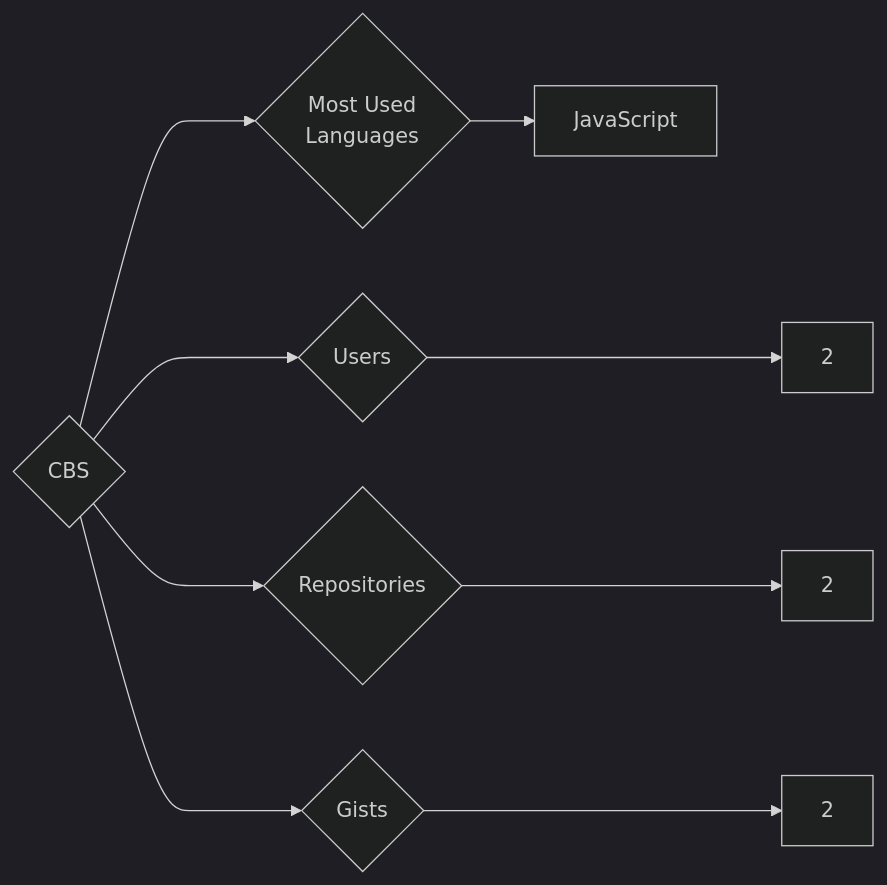
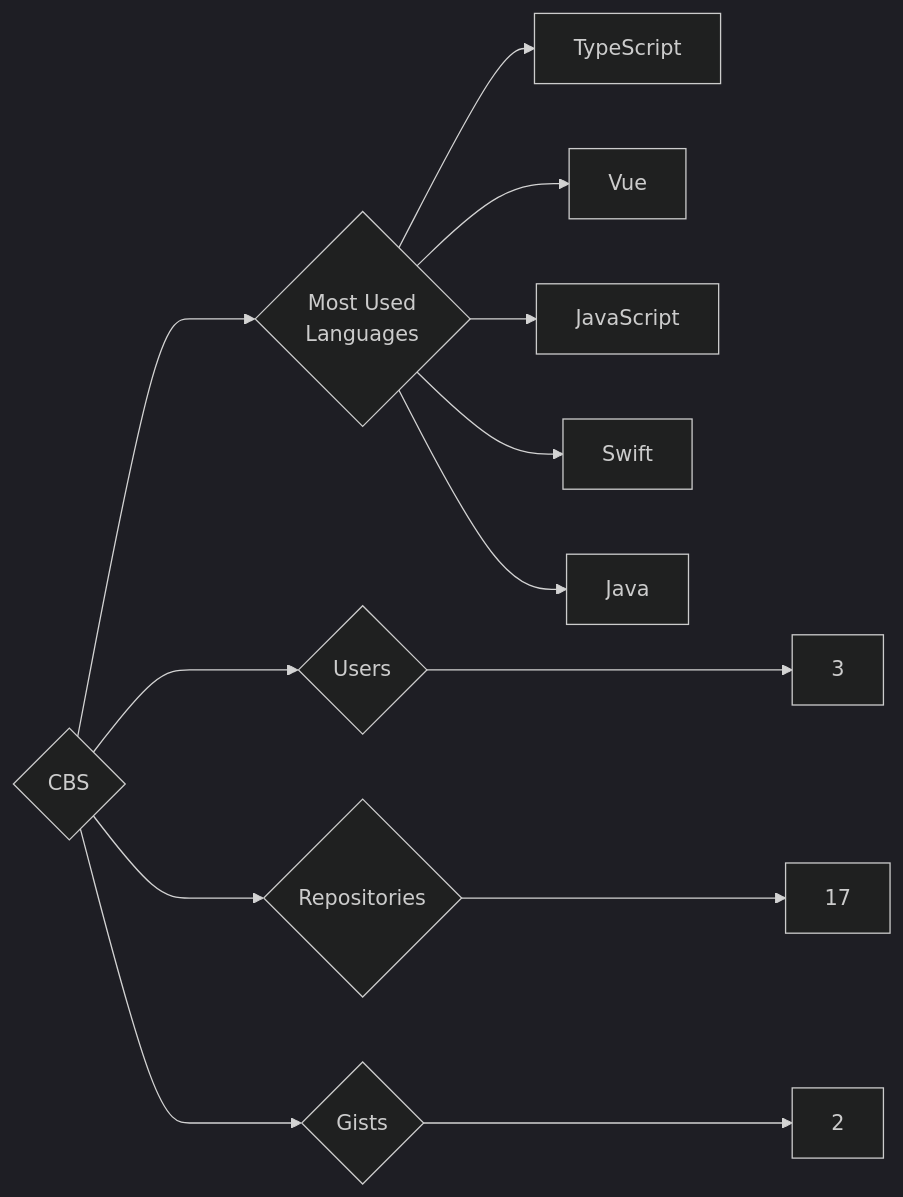
The diagram in targets/CBS/README.md (trickest/insiders), drawn with Mermaid (dark theme) before and after one commit. The commit also changed 718 other files, not shown here.

````diff
--- a/targets/CBS/README.md
+++ b/targets/CBS/README.md
@@ -3,9 +3,13 @@
 ```mermaid
 graph LR
 COMPANY_NAME{CBS}
-COMPANY_NAME ---> U{Users} ---> UN[2]
-COMPANY_NAME ---> R{Repositories} ---> RN[2]
+COMPANY_NAME ---> U{Users} ---> UN[3]
+COMPANY_NAME ---> R{Repositories} ---> RN[17]
 COMPANY_NAME ---> G{Gists} ---> GN[2]
 COMPANY_NAME ---> ML{Most Used<br>Languages}
+ML --> TypeScript[TypeScript]
+ML --> Vue[Vue]
 ML --> JavaScript[JavaScript]
+ML --> Swift[Swift]
+ML --> Java[Java]
 ```
````
